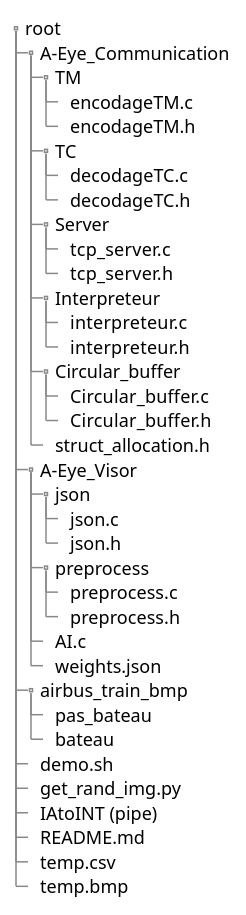
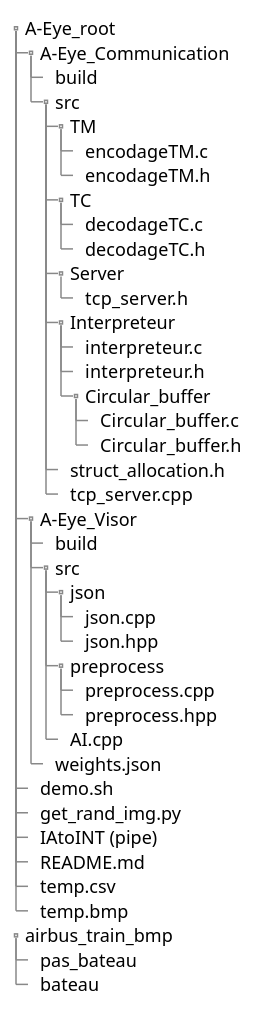
One commit to ngisedsysle/A-Eye changed the first of 2 diagrams in A-Eye_Documentation/plantuml/A-Eye_arboresence.plantuml. Above: the diagram before and after it, drawn with PlantUML. The commit also changed other lines of this file and 2 other files, not shown here.

```diff
--- a/A-Eye_Documentation/plantuml/A-Eye_arboresence.plantuml
+++ b/A-Eye_Documentation/plantuml/A-Eye_arboresence.plantuml
@@ -1,45 +1,48 @@
 @startsalt arbo_zybo
 
 {
     {T
-        +root
+        +A-Eye_root
             ++A-Eye_Communication
-                +++TM
-                    ++++encodageTM.c
-                    ++++encodageTM.h
-                +++TC
-                    ++++decodageTC.c
-                    ++++decodageTC.h
-                +++Server 
-                    ++++tcp_server.c
-                    ++++tcp_server.h
-                +++Interpreteur
-                    ++++interpreteur.c
-                    ++++interpreteur.h
-                +++Circular_buffer
-                    ++++Circular_buffer.c
-                    ++++Circular_buffer.h
-                +++struct_allocation.h
-
+                +++build
+                +++src
+                    ++++TM
+                        +++++encodageTM.c
+                        +++++encodageTM.h
+                    ++++TC
+                        +++++decodageTC.c
+                        +++++decodageTC.h
+                    ++++Server 
+                        +++++tcp_server.h
+                    ++++Interpreteur
+                        +++++interpreteur.c
+                        +++++interpreteur.h
+                        +++++Circular_buffer
+                            ++++++Circular_buffer.c
+                            ++++++Circular_buffer.h
+                        ++++struct_allocation.h
+                    ++++tcp_server.cpp
             ++A-Eye_Visor
-                +++json
-                    ++++json.c
-                    ++++json.h
-                +++preprocess
-                    ++++preprocess.c
-                    ++++preprocess.h
-                +++AI.c
+                +++build
+                +++src
+                    ++++json
+                        +++++json.cpp
+                        +++++json.hpp
+                    ++++preprocess
+                        +++++preprocess.cpp
+                        +++++preprocess.hpp
+                    ++++AI.cpp
                 +++weights.json
-            ++airbus_train_bmp
-                +++pas_bateau
-                +++bateau
             ++demo.sh
             ++get_rand_img.py
             ++IAtoINT (pipe)
             ++README.md
             ++temp.csv
             ++temp.bmp
+        +airbus_train_bmp
+            ++pas_bateau
+            ++bateau
     }
 }
 
 @endsalt
```
